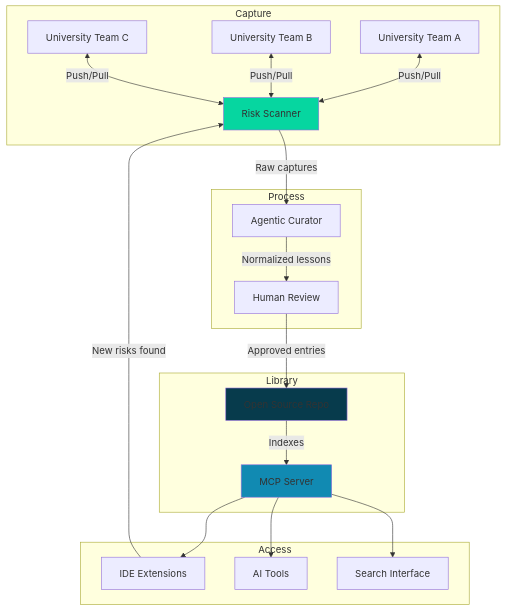
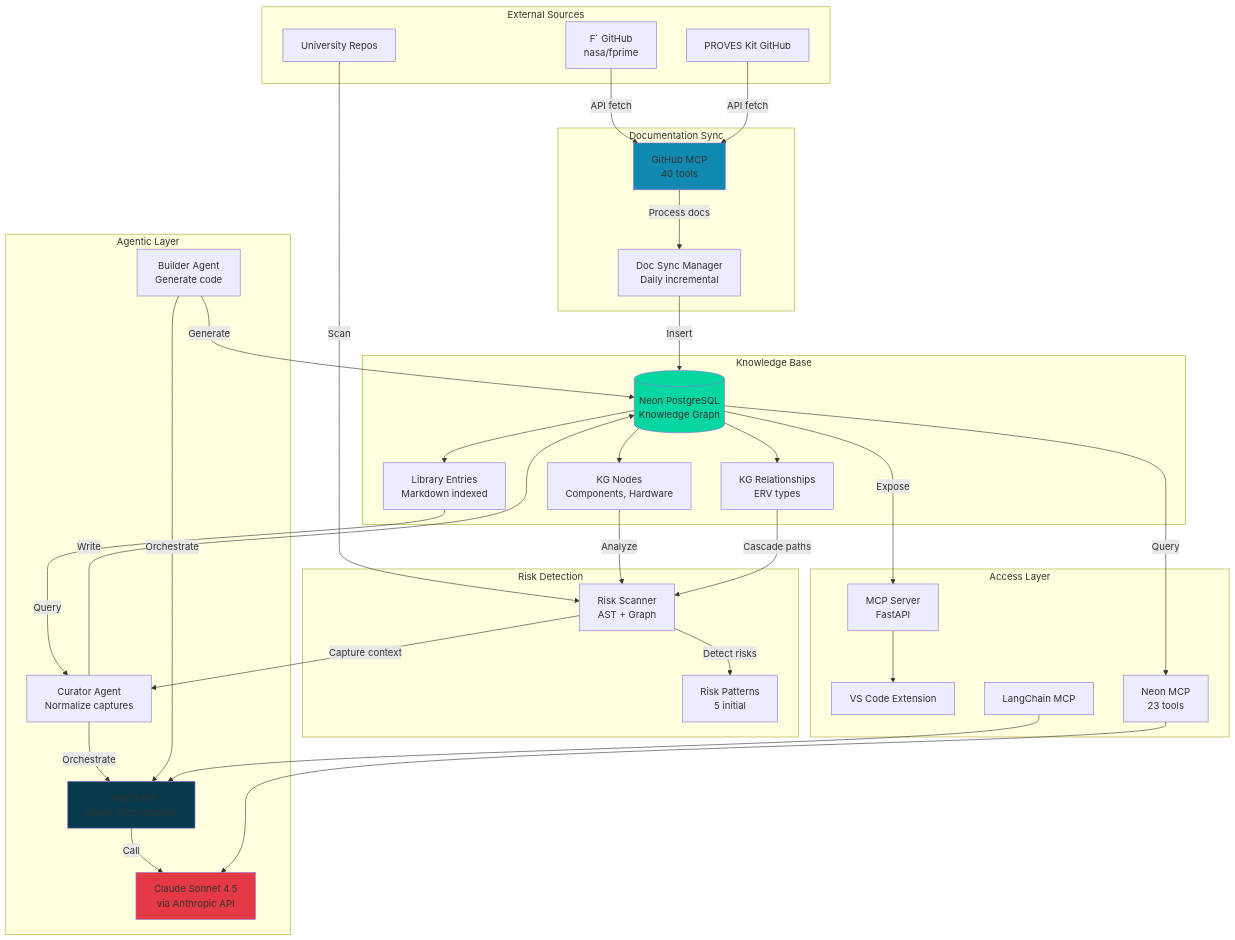
The fifth of 8 diagrams in index.md (Lizo-RoadTown/proveskit-agent), drawn with Mermaid before and after one commit. The commit also changed other lines of this file, not shown here.

First line of the commit message:
Update PROVES Kit Agent page with actual implemented system

````diff
--- a/index.md
+++ b/index.md
@@ -150,45 +181,74 @@
 ```mermaid
 graph TB
-    subgraph Capture
-        Team1[University Team A]
-        Team2[University Team B]
-        Team3[University Team C]
-        Scanner[Risk Scanner]
+    subgraph External Sources
+        FPrime[F´ GitHub<br/>nasa/fprime]
+        PROVES[PROVES Kit GitHub]
+        TeamRepos[University Repos]
     end
 
-    subgraph Process
-        Curator[Agentic Curator]
-        Review[Human Review]
+    subgraph Documentation Sync
+        GitHubMCP[GitHub MCP<br/>40 tools]
+        DocSync[Doc Sync Manager<br/>Daily incremental]
     end
 
-    subgraph Library
-        Repo[Open Source Repo]
-        MCP[MCP Server]
+    subgraph Knowledge Base
+        NeonDB[(Neon PostgreSQL<br/>Knowledge Graph)]
+        LibEntries[Library Entries<br/>Markdown indexed]
+        KGNodes[KG Nodes<br/>Components, Hardware]
+        KGRels[KG Relationships<br/>ERV types]
     end
 
-    subgraph Access
-        IDE[IDE Extensions]
-        AI[AI Tools]
-        Search[Search Interface]
+    subgraph Agentic Layer
+        LangGraph[LangGraph<br/>Agent Orchestration]
+        Curator[Curator Agent<br/>Normalize captures]
+        Builder[Builder Agent<br/>Generate code]
+        Claude[Claude Sonnet 4.5<br/>via Anthropic API]
     end
 
-    Team1 <-->|Push/Pull| Scanner
-    Team2 <-->|Push/Pull| Scanner
-    Team3 <-->|Push/Pull| Scanner
+    subgraph Risk Detection
+        Scanner[Risk Scanner<br/>AST + Graph]
+        Patterns[Risk Patterns<br/>5 initial]
+    end
 
-    Scanner -->|Raw captures| Curator
-    Curator -->|Normalized lessons| Review
-    Review -->|Approved entries| Repo
+    subgraph Access Layer
+        MCPAPI[MCP Server<br/>FastAPI]
+        VSCode[VS Code Extension]
+        NeonMCP[Neon MCP<br/>23 tools]
+        LangChainMCP[LangChain MCP]
+    end
 
-    Repo -->|Indexes| MCP
+    FPrime -->|API fetch| GitHubMCP
+    PROVES -->|API fetch| GitHubMCP
+    GitHubMCP -->|Process docs| DocSync
+    DocSync -->|Insert| NeonDB
 
-    MCP --> IDE
-    MCP --> AI
-    MCP --> Search
+    TeamRepos -->|Scan| Scanner
+    Scanner -->|Detect risks| Patterns
+    Scanner -->|Capture context| Curator
 
-    IDE -->|New risks found| Scanner
+    NeonDB --> LibEntries
+    NeonDB --> KGNodes
+    NeonDB --> KGRels
 
-    style Scanner fill:#06d6a0
-    style MCP fill:#118ab2
-    style Repo fill:#073b4c
+    LibEntries -->|Query| Curator
+    KGNodes -->|Analyze| Scanner
+    KGRels -->|Cascade paths| Scanner
+
+    Curator -->|Orchestrate| LangGraph
+    Builder -->|Orchestrate| LangGraph
+    LangGraph -->|Call| Claude
+
+    Curator -->|Write| NeonDB
+    Builder -->|Generate| NeonDB
+
+    NeonDB -->|Expose| MCPAPI
+    NeonDB -->|Query| NeonMCP
+    MCPAPI --> VSCode
+    NeonMCP --> Claude
+    LangChainMCP --> LangGraph
+
+    style NeonDB fill:#06d6a0
+    style GitHubMCP fill:#118ab2
+    style LangGraph fill:#073b4c
+    style Claude fill:#e63946
 ```
````
